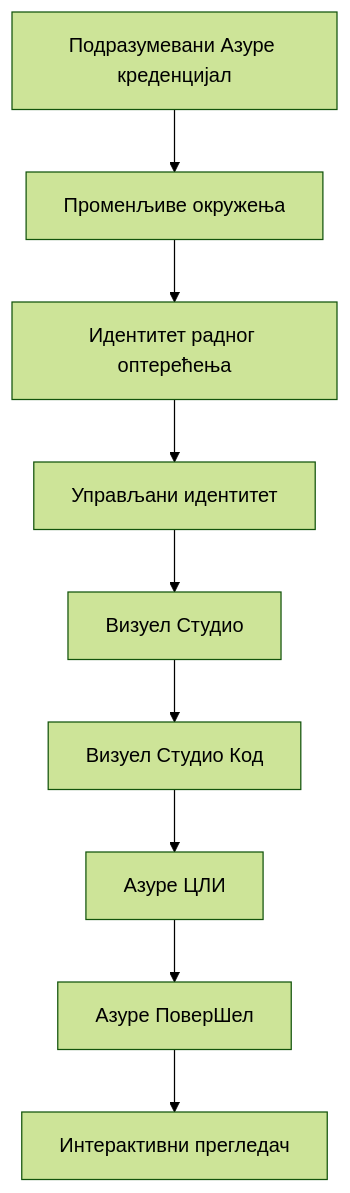
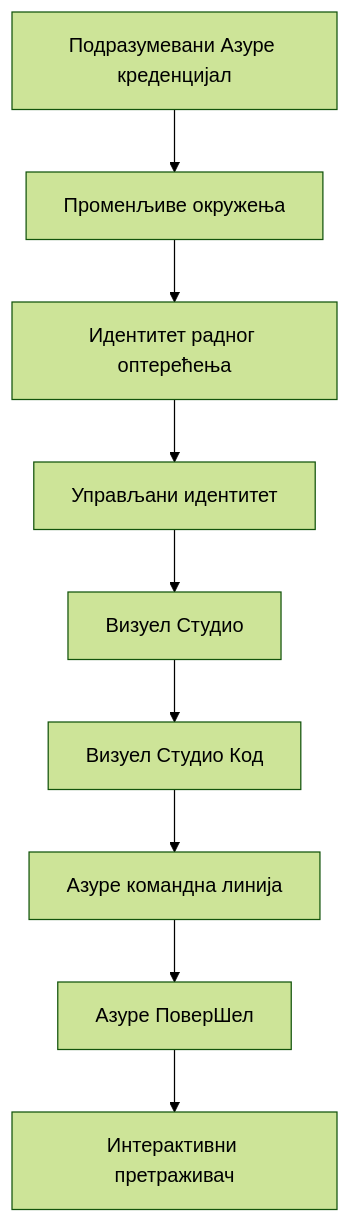
The second of 2 diagrams in translations/sr/docs/chapter-01-foundation/azd-basics.md (microsoft/AZD-for-beginners), drawn with Mermaid (forest theme) before and after one commit. The commit also changed other lines of this file and 101 other files, not shown here.

````diff
--- a/translations/sr/docs/chapter-01-foundation/azd-basics.md
+++ b/translations/sr/docs/chapter-01-foundation/azd-basics.md
@@ -556,11 +593,11 @@
 ```mermaid
 graph TD
     A[Подразумевани Азуре креденцијал] --> B[Променљиве окружења]
     B --> C[Идентитет радног оптерећења]
     C --> D[Управљани идентитет]
     D --> E[Визуел Студио]
     E --> F[Визуел Студио Код]
-    F --> G[Азуре ЦЛИ]
+    F --> G[Азуре командна линија]
     G --> H[Азуре ПоверШел]
-    H --> I[Интерактивни прегледач]
+    H --> I[Интерактивни претраживач]
 ```
````
